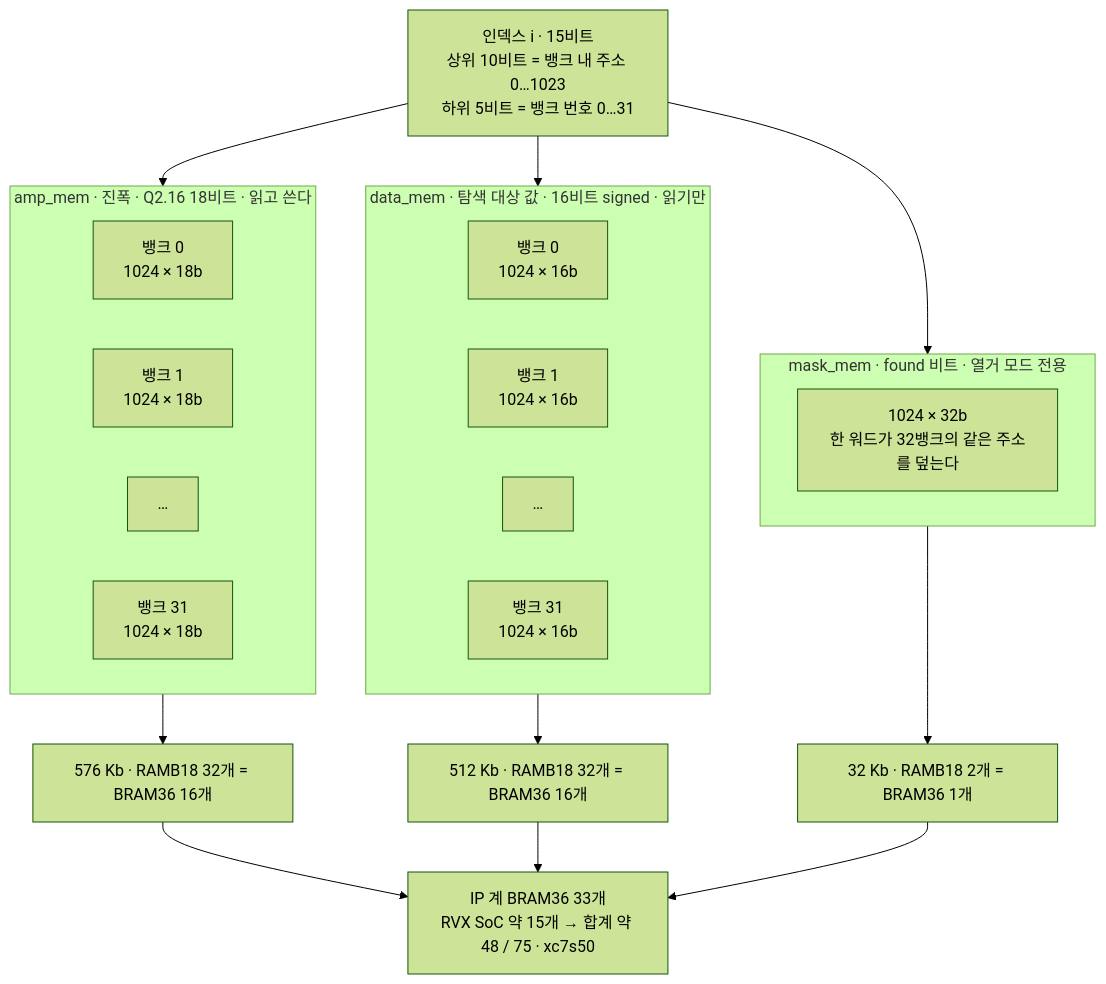
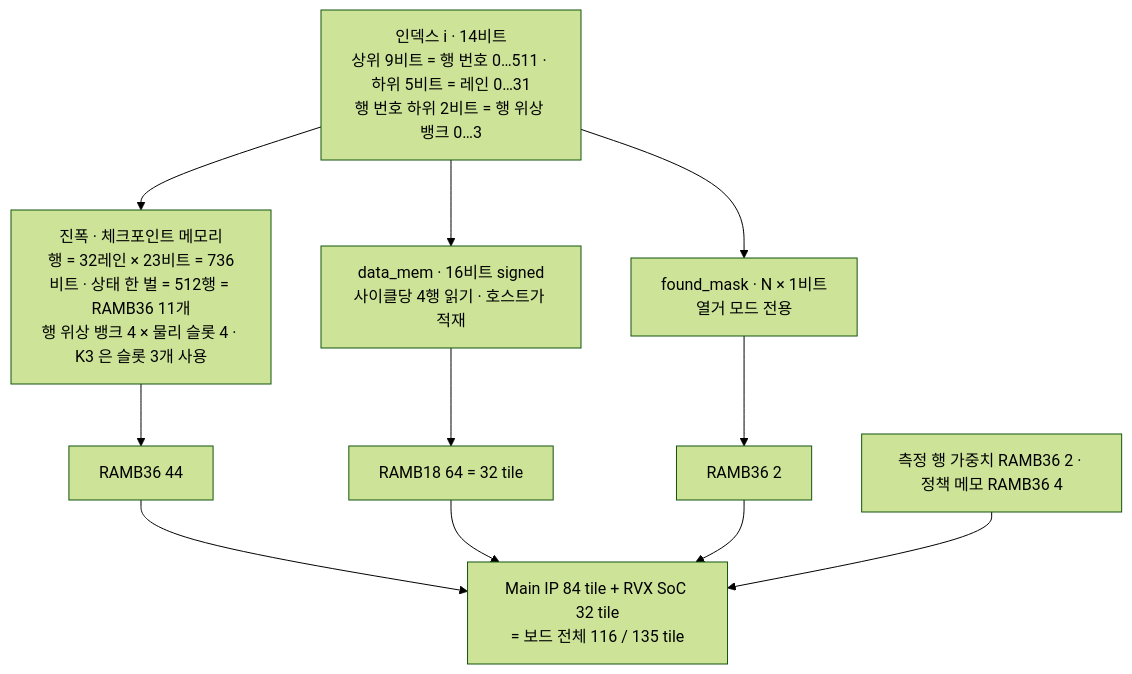
The diagram in documents/study_references/diagrams/src/11_memory_map.mmd (Git-Junsang/Quantum-Grover), drawn with Mermaid (forest theme) before and after one commit. The commit also changed 49 other files, not shown here.

```diff
--- a/documents/study_references/diagrams/src/11_memory_map.mmd
+++ b/documents/study_references/diagrams/src/11_memory_map.mmd
@@ -1,35 +1,16 @@
 flowchart TD
-    IDX["인덱스 i · 15비트<br/>상위 10비트 = 뱅크 내 주소 0…1023<br/>하위 5비트 = 뱅크 번호 0…31"]
-
-    subgraph AMP["amp_mem · 진폭 · Q2.16 18비트 · 읽고 쓴다"]
-        direction LR
-        A0["뱅크 0<br/>1024 × 18b"]
-        A1["뱅크 1<br/>1024 × 18b"]
-        AX["…"]
-        A31["뱅크 31<br/>1024 × 18b"]
-    end
-
-    subgraph DAT["data_mem · 탐색 대상 값 · 16비트 signed · 읽기만"]
-        direction LR
-        D0["뱅크 0<br/>1024 × 16b"]
-        D1["뱅크 1<br/>1024 × 16b"]
-        DX["…"]
-        D31["뱅크 31<br/>1024 × 16b"]
-    end
-
-    subgraph MSK["mask_mem · found 비트 · 열거 모드 전용"]
-        direction LR
-        M0["1024 × 32b<br/>한 워드가 32뱅크의 같은 주소를 덮는다"]
-    end
-
+    IDX["인덱스 i · 14비트<br/>상위 9비트 = 행 번호 0…511 · 하위 5비트 = 레인 0…31<br/>행 번호 하위 2비트 = 행 위상 뱅크 0…3"]
+    AMP["진폭 · 체크포인트 메모리<br/>행 = 32레인 × 23비트 = 736비트 · 상태 한 벌 = 512행 = RAMB36 11개<br/>행 위상 뱅크 4 × 물리 슬롯 4 · K3 은 슬롯 3개 사용"]
+    DAT["data_mem · 16비트 signed<br/>사이클당 4행 읽기 · 호스트가 적재"]
+    MSK["found_mask · N × 1비트<br/>열거 모드 전용"]
     IDX --> AMP
     IDX --> DAT
     IDX --> MSK
-
-    AMP --> AS["576 Kb · RAMB18 32개 = BRAM36 16개"]
-    DAT --> DS["512 Kb · RAMB18 32개 = BRAM36 16개"]
-    MSK --> MS["32 Kb · RAMB18 2개 = BRAM36 1개"]
-
-    AS --> TOT["IP 계 BRAM36 33개<br/>RVX SoC 약 15개 → 합계 약 48 / 75 · xc7s50"]
-    DS --> TOT
-    MS --> TOT
+    AMP --> A2["RAMB36 44"]
+    DAT --> D2["RAMB18 64 = 32 tile"]
+    MSK --> M2["RAMB36 2"]
+    ETC["측정 행 가중치 RAMB36 2 · 정책 메모 RAMB36 4"]
+    A2 --> TOT["Main IP 84 tile + RVX SoC 32 tile<br/>= 보드 전체 116 / 135 tile"]
+    D2 --> TOT
+    M2 --> TOT
+    ETC --> TOT
```
